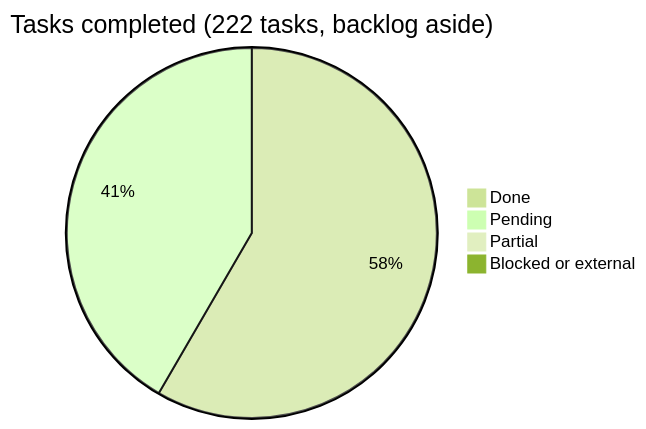
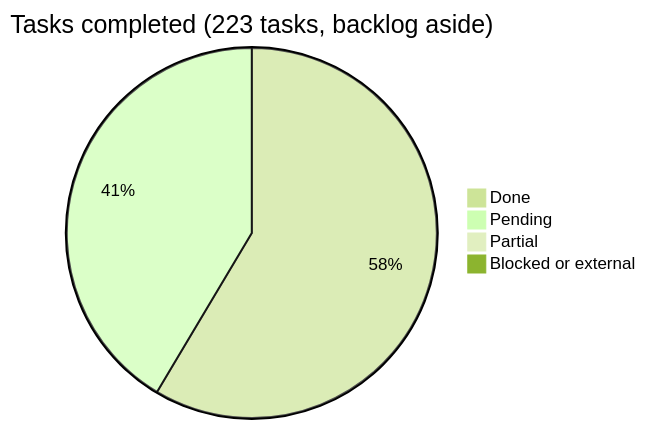
The diagram in docs/roadmap/README.md (araguaney-lat/araguaney-app), drawn with Mermaid (forest theme) before and after one commit. The commit also changed other lines of this file and 3 other files, not shown here.

````diff
--- a/docs/roadmap/README.md
+++ b/docs/roadmap/README.md
@@ -38,7 +38,7 @@
 ```mermaid
-pie title Tasks completed (222 tasks, backlog aside)
-    "Done" : 129
+pie title Tasks completed (223 tasks, backlog aside)
+    "Done" : 130
     "Pending" : 92
     "Partial" : 1
     "Blocked or external" : 0
 ```
````
